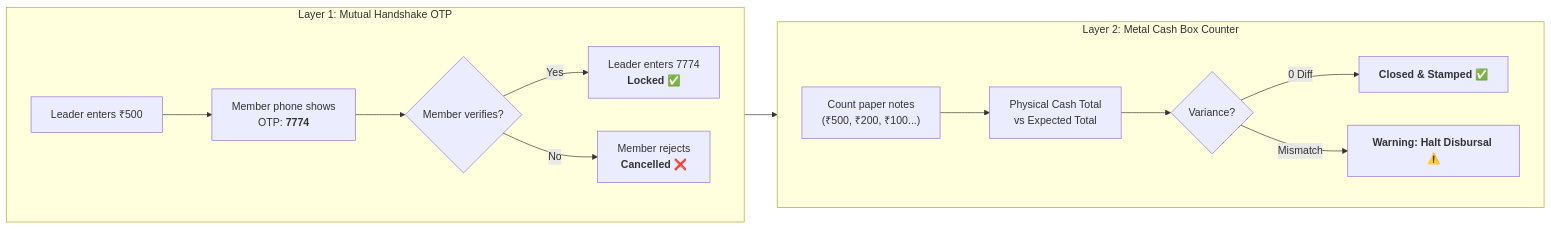
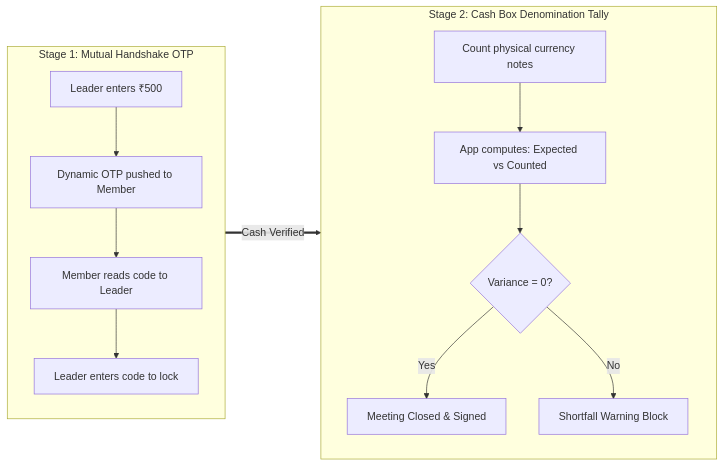
Before and after one commit to AayushRahate07/shg-connect: the second of 4 diagrams in README.md, drawn with Mermaid. The commit also changed other lines of this file, not shown here.

````diff
--- a/README.md
+++ b/README.md
@@ -63,20 +91,18 @@
 ```mermaid
 flowchart LR
-    subgraph L1["Layer 1: Mutual Handshake OTP"]
-        direction LR
-        A1["Leader enters ₹500"] --> A2["Member phone shows<br/>OTP: <b>7774</b>"]
-        A2 --> A3{"Member verifies?"}
-        A3 -->|Yes| A4["Leader enters 7774<br/><b>Locked ✅</b>"]
-        A3 -->|No| A5["Member rejects<br/><b>Cancelled ❌</b>"]
+    subgraph L1["Stage 1: Mutual Handshake OTP"]
+        direction TB
+        S1["Leader enters ₹500"] --> S2["Dynamic OTP pushed to Member"]
+        S2 --> S3["Member reads code to Leader"] --> S4["Leader enters code to lock"]
     end
 
-    subgraph L2["Layer 2: Metal Cash Box Counter"]
-        direction LR
-        B1["Count paper notes<br/>(₹500, ₹200, ₹100...)"] --> B2["Physical Cash Total<br/>vs Expected Total"]
-        B2 --> B3{"Variance?"}
-        B3 -->|0 Diff| B4["<b>Closed & Stamped ✅</b>"]
-        B3 -->|Mismatch| B5["<b>Warning: Halt Disbursal ⚠️</b>"]
+    subgraph L2["Stage 2: Cash Box Denomination Tally"]
+        direction TB
+        C1["Count physical currency notes"] --> C2["App computes: Expected vs Counted"]
+        C2 --> C3{"Variance = 0?"}
+        C3 -->|Yes| C4["Meeting Closed & Signed"]
+        C3 -->|No| C5["Shortfall Warning Block"]
     end
 
-    L1 --> L2
+    L1 ==>|Cash Verified| L2
 ```
````
